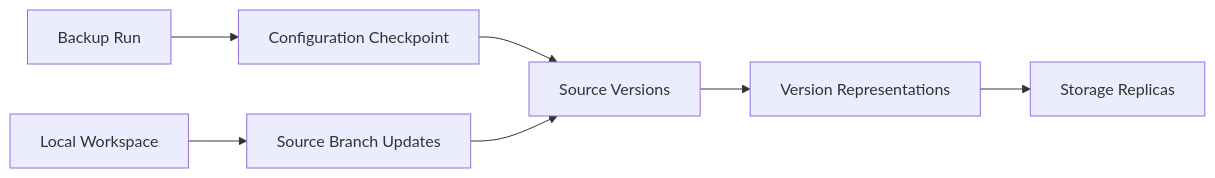
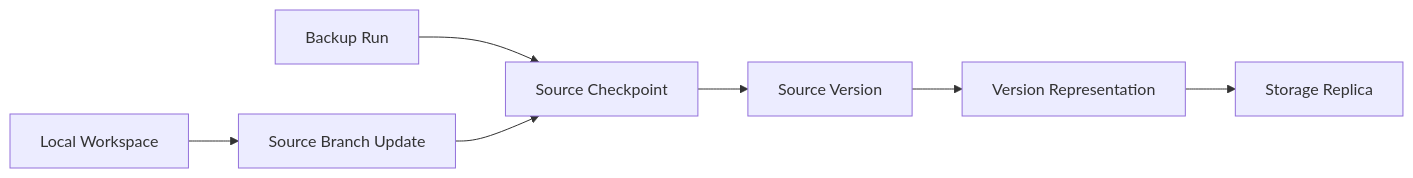
One commit to Leafuke/FolderRewind-Site changed the diagram in docs/architecture/data-models.md. Above: the diagram before and after it, drawn with Mermaid. The commit also changed other lines of this file and 227 other files, not shown here.

````diff
--- a/docs/architecture/data-models.md
+++ b/docs/architecture/data-models.md
@@ -22,9 +18,9 @@
 ```mermaid
 flowchart LR
-  Run[Backup Run] --> CP[Configuration Checkpoint]
-  CP --> SV[Source Versions]
-  SV --> Rep[Version Representations]
-  Rep --> Copy[Storage Replicas]
-  Branch[Source Branch Updates] --> SV
-  WS[Local Workspace] --> Branch
+  Run[Backup Run] --> CP[Source Checkpoint]
+  CP --> SV[Source Version]
+  SV --> Rep[Version Representation]
+  Rep --> Copy[Storage Replica]
+  BU[Source Branch Update] --> CP
+  WS[Local Workspace] --> BU
 ```
````
